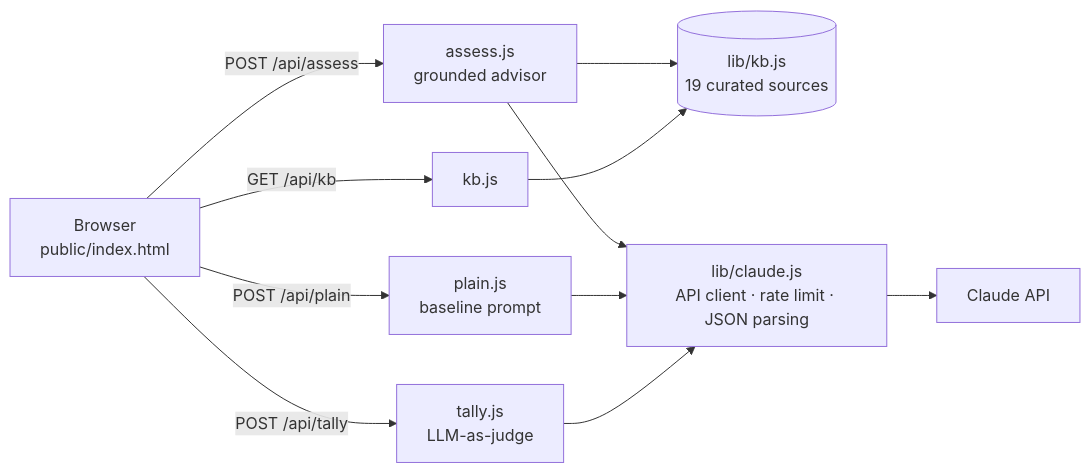
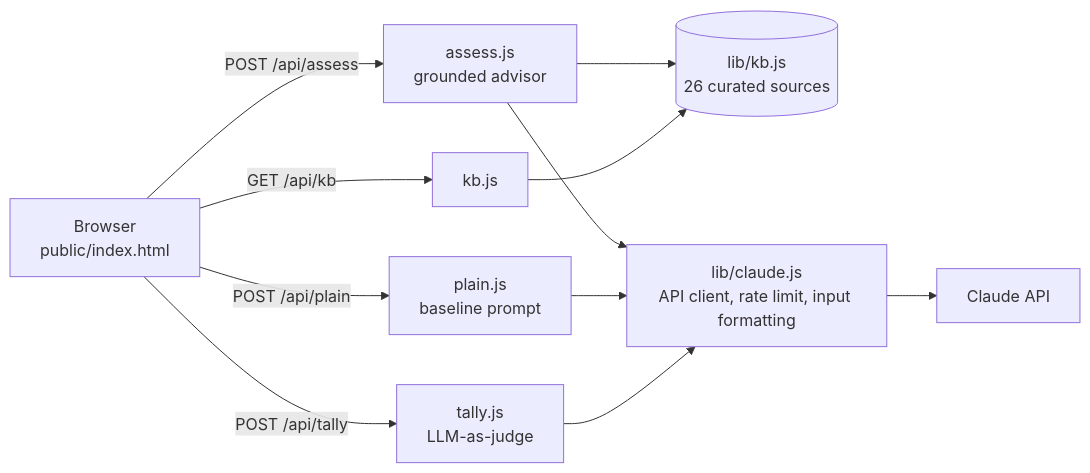
The diagram in README.md (sejal-jagtap/ai-risk-advisor), drawn with Mermaid before and after one commit. The commit also changed other lines of this file, not shown here.

````diff
--- a/README.md
+++ b/README.md
@@ -31,11 +79,11 @@
 ```mermaid
 flowchart LR
     U[Browser<br/>public/index.html] -->|POST /api/assess| A[assess.js<br/>grounded advisor]
     U -->|POST /api/plain| P[plain.js<br/>baseline prompt]
     U -->|POST /api/tally| T[tally.js<br/>LLM-as-judge]
     U -->|GET /api/kb| K[kb.js]
-    A --> KB[(lib/kb.js<br/>19 curated sources)]
+    A --> KB[(lib/kb.js<br/>26 curated sources)]
     K --> KB
-    A & P & T --> C[lib/claude.js<br/>API client · rate limit · JSON parsing]
+    A & P & T --> C[lib/claude.js<br/>API client, rate limit, input formatting]
     C --> LLM[Claude API]
 ```
````
